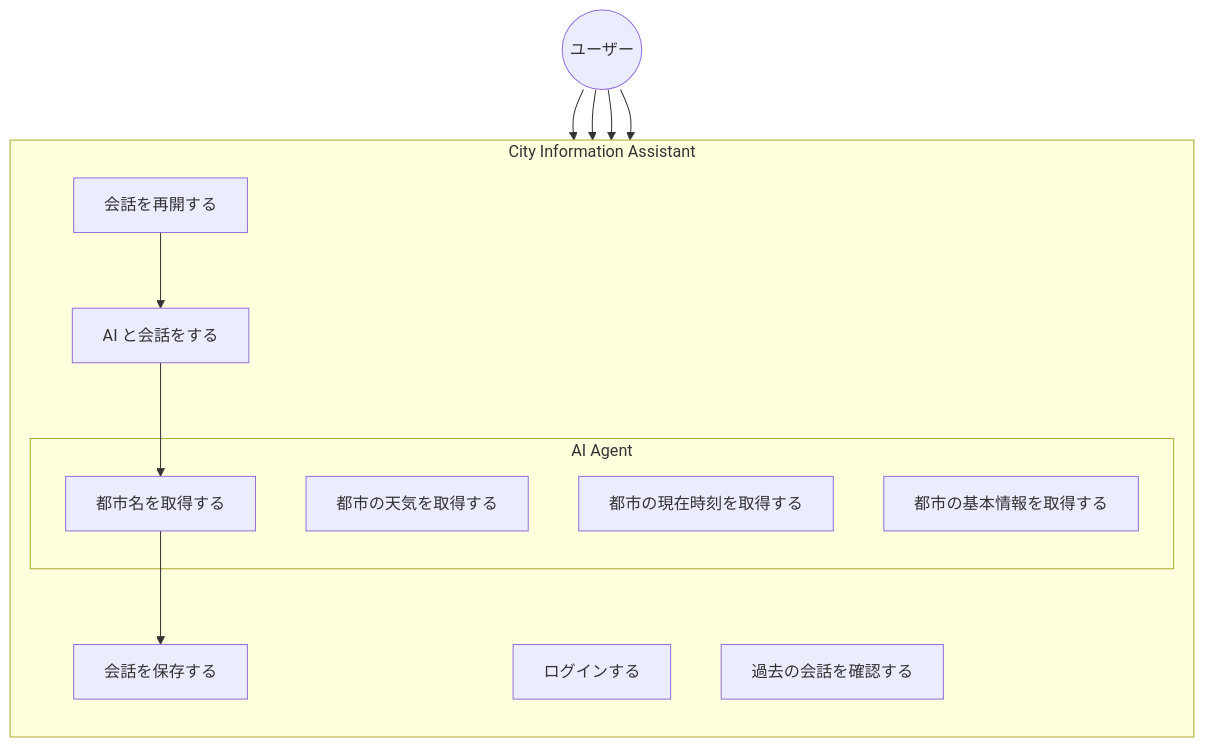
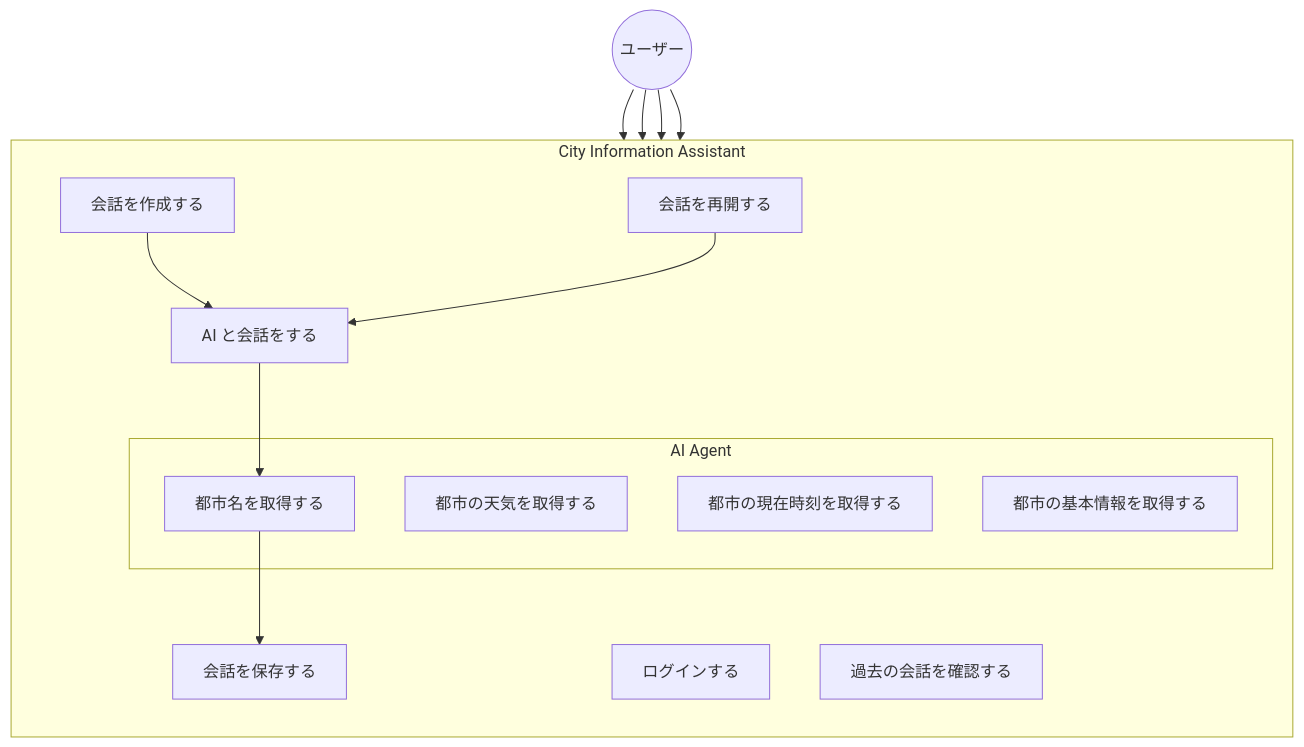
One commit to Jonh-Nash/city-information-assistant changed the diagram in docs/usecase.md. Above: the diagram before and after it, drawn with Mermaid. The commit also changed 1 other file, not shown here.

Commit message:
update: doc api

````diff
--- a/docs/usecase.md
+++ b/docs/usecase.md
@@ -3,35 +3,37 @@
 ```mermaid
 graph TB
     %% Actor
     User((ユーザー))
 
     %% System boundary
     subgraph "City Information Assistant"
         direction TB
 
         Login[ログインする]
+        CreateConversation[会話を作成する]
         Chat[AI と会話をする]
         ViewHistory[過去の会話を確認する]
         ResumeConversation[会話を再開する]
 
         subgraph "AI Agent"
         GetCityName[都市名を取得する]
         GetCityWeather[都市の天気を取得する]
         GetCityTime[都市の現在時刻を取得する]
         GetCityInfo[都市の基本情報を取得する]
         end
 
         SaveConversation[会話を保存する]
     end
 
     %% Associations
     User --> Login
-    User --> Chat
+    User --> CreateConversation
+    CreateConversation --> Chat
     User --> ViewHistory
     User --> ResumeConversation
 
     %% Include relationships
     ResumeConversation --> Chat
     Chat --> GetCityName
     GetCityName --> SaveConversation
 ```
````
